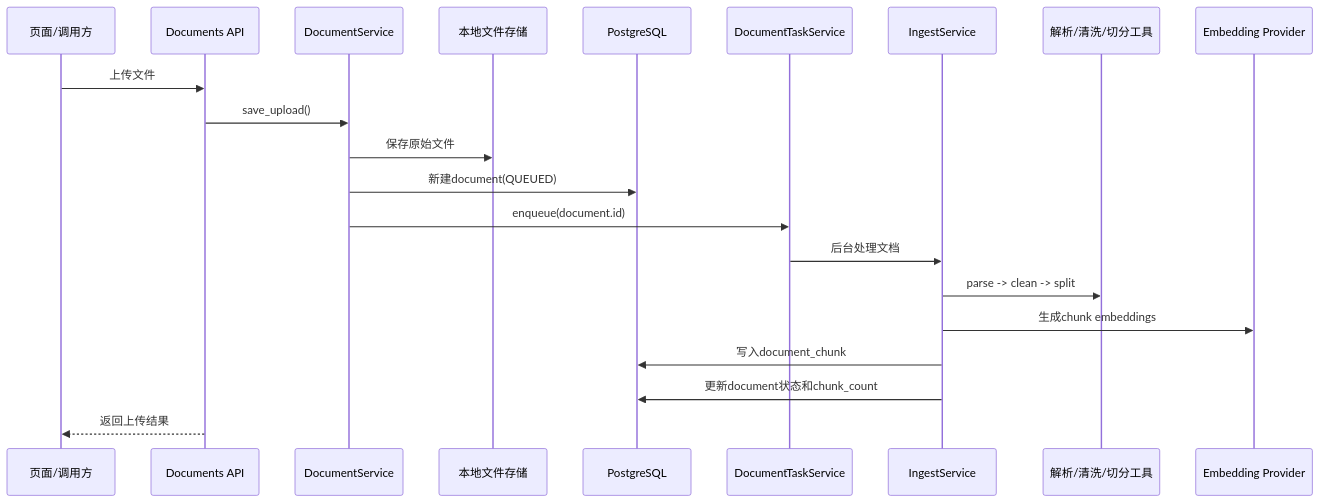
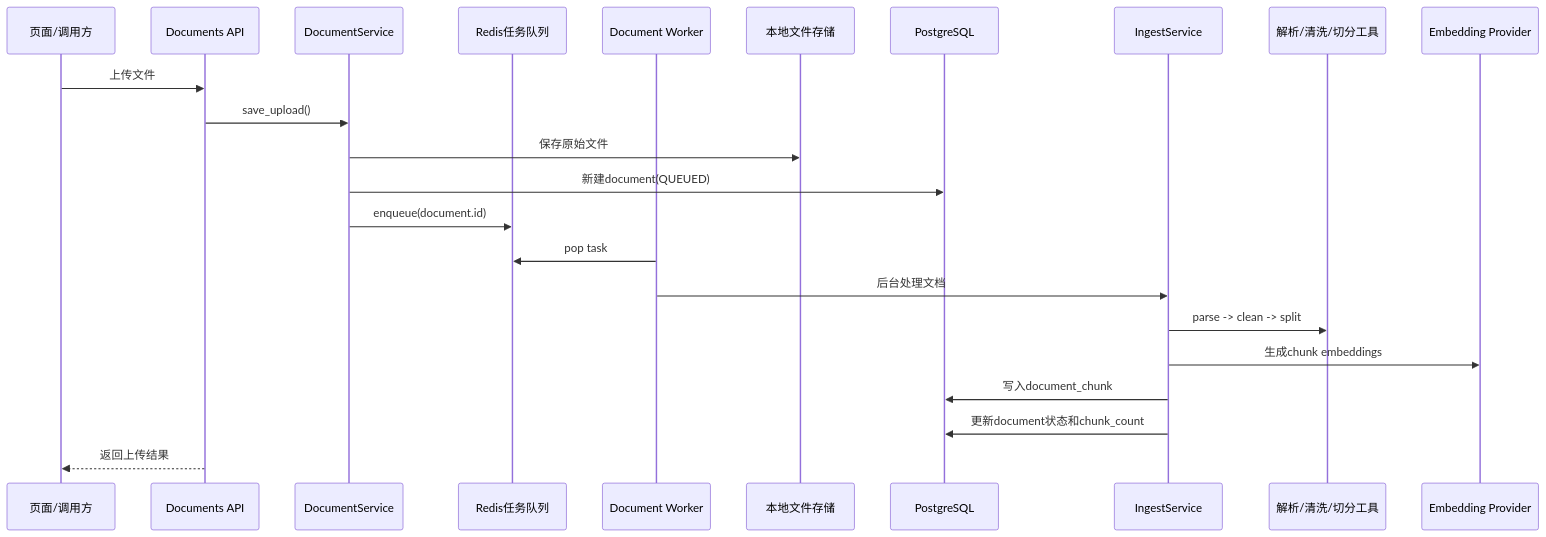
One commit to zishuo-xu/rag changed the second of 5 diagrams in 当前项目架构说明.md. Above: the diagram before and after it, drawn with Mermaid. The commit also changed other lines of this file and 4 other files, not shown here.

````diff
--- a/当前项目架构说明.md
+++ b/当前项目架构说明.md
@@ -414,24 +416,26 @@
 ```mermaid
 sequenceDiagram
     participant UI as 页面/调用方
     participant API as Documents API
     participant DS as DocumentService
+    participant RQ as Redis任务队列
+    participant WK as Document Worker
     participant FS as 本地文件存储
     participant DB as PostgreSQL
-    participant TS as DocumentTaskService
     participant IS as IngestService
     participant UT as 解析/清洗/切分工具
     participant EM as Embedding Provider
 
     UI->>API: 上传文件
     API->>DS: save_upload()
     DS->>FS: 保存原始文件
     DS->>DB: 新建document(QUEUED)
-    DS->>TS: enqueue(document.id)
-    TS->>IS: 后台处理文档
+    DS->>RQ: enqueue(document.id)
+    WK->>RQ: pop task
+    WK->>IS: 后台处理文档
     IS->>UT: parse -> clean -> split
     IS->>EM: 生成chunk embeddings
     IS->>DB: 写入document_chunk
     IS->>DB: 更新document状态和chunk_count
     API-->>UI: 返回上传结果
 ```
````
